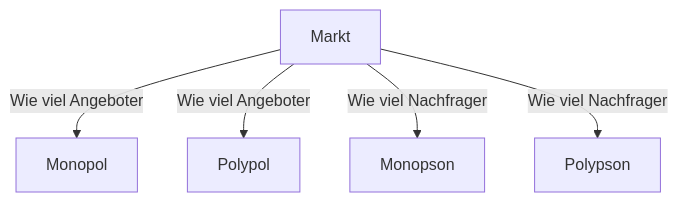
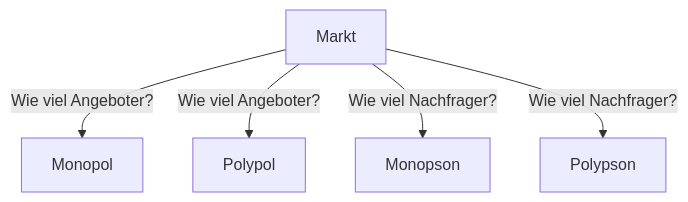
One commit to 2024W1/2024W1.github.io changed the eighth of 9 diagrams in index.md. Above: the diagram before and after it, drawn with Mermaid. The commit also changed other lines of this file and 1 other file, not shown here.

````diff
--- a/index.md
+++ b/index.md
@@ -1107,7 +1107,7 @@
 ```mermaid
 graph TD;
-  Markt--Wie viel Angeboter-->Monopol;
-  Markt--Wie viel Angeboter-->Polypol;
-  Markt--Wie viel Nachfrager-->Monopson;
-  Markt--Wie viel Nachfrager-->Polypson;
+  Markt--Wie viel Angeboter?-->Monopol;
+  Markt--Wie viel Angeboter?-->Polypol;
+  Markt--Wie viel Nachfrager?-->Monopson;
+  Markt--Wie viel Nachfrager?-->Polypson;
 ```
````
